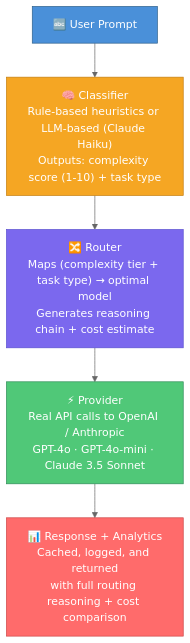
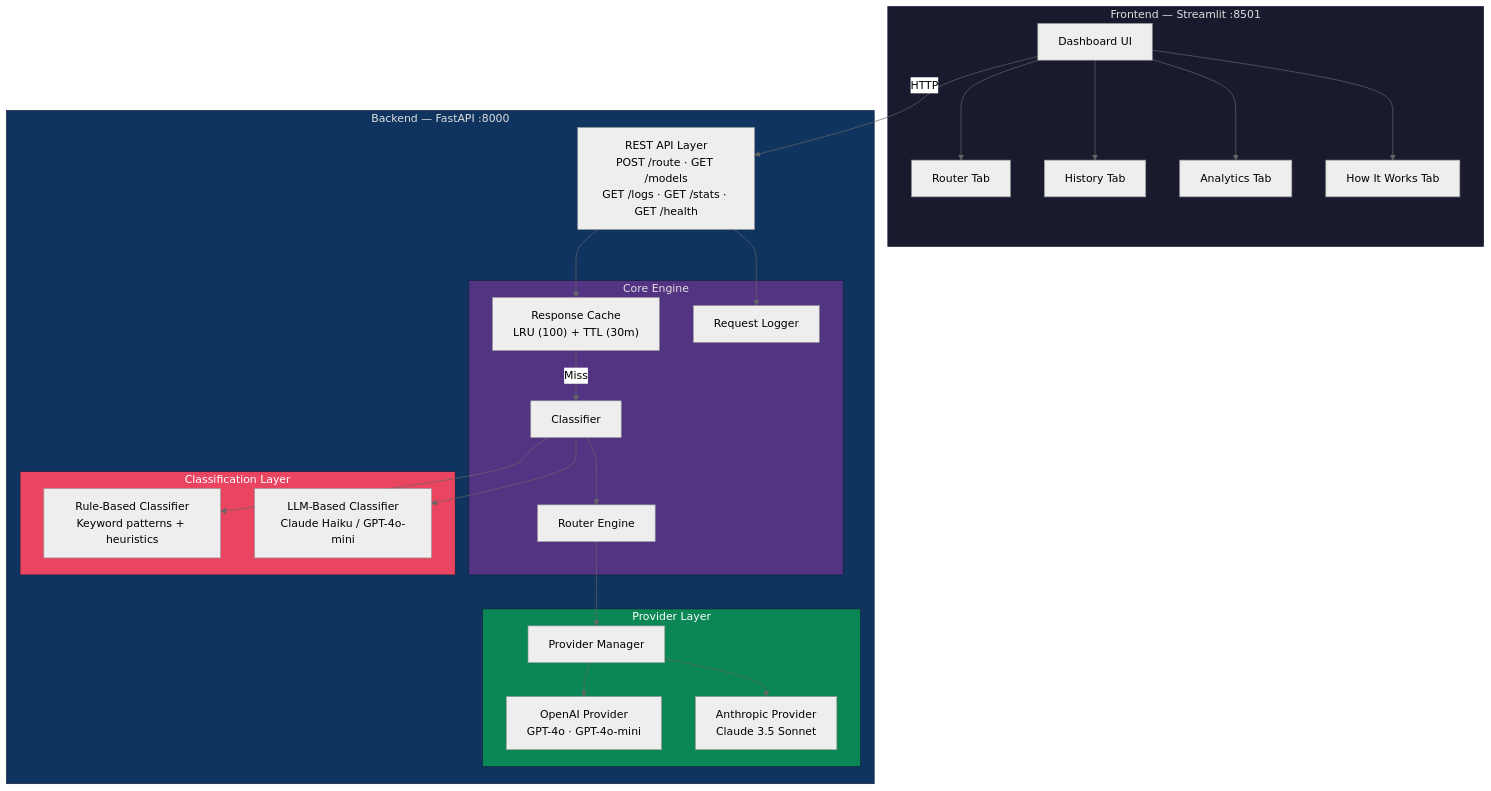
One commit to tushar-chauhan-01/ai_prompt_gateway changed the first of 5 diagrams in README.md. Above: the diagram before and after it, drawn with Mermaid (neutral theme). The commit also changed other lines of this file, not shown here.

First line of the commit message:
Rewrite README with professional diagrams and detailed logic flows

````diff
--- a/README.md
+++ b/README.md
@@ -19,13 +56,48 @@
 ```mermaid
 flowchart TD
-    A["🔤 User Prompt"] --> B["🧠 Classifier\nRule-based heuristics or LLM-based (Claude Haiku)\nOutputs: complexity score (1-10) + task type"]
-    B --> C["🔀 Router\nMaps (complexity tier + task type) → optimal model\nGenerates reasoning chain + cost estimate"]
-    C --> D["⚡ Provider\nReal API calls to OpenAI / Anthropic\nGPT-4o · GPT-4o-mini · Claude 3.5 Sonnet"]
-    D --> E["📊 Response + Analytics\nCached, logged, and returned\nwith full routing reasoning + cost comparison"]
+    subgraph Frontend["Frontend — Streamlit :8501"]
+        UI["Dashboard UI"]
+        T1["Router Tab"]
+        T2["History Tab"]
+        T3["Analytics Tab"]
+        T4["How It Works Tab"]
+        UI --> T1 & T2 & T3 & T4
+    end
 
-    style A fill:#4A90D9,stroke:#2C5F8A,color:#fff
-    style B fill:#F5A623,stroke:#C47D0E,color:#fff
-    style C fill:#7B68EE,stroke:#5A4FCF,color:#fff
-    style D fill:#50C878,stroke:#2E8B57,color:#fff
-    style E fill:#FF6B6B,stroke:#CC4444,color:#fff
+    subgraph Backend["Backend — FastAPI :8000"]
+        API["REST API Layer\nPOST /route · GET /models\nGET /logs · GET /stats · GET /health"]
+
+        subgraph Core["Core Engine"]
+            CACHE["Response Cache\nLRU (100) + TTL (30m)"]
+            CLASS["Classifier"]
+            ROUTER["Router Engine"]
+            LOG["Request Logger"]
+        end
+
+        subgraph Classifiers["Classification Layer"]
+            RB["Rule-Based Classifier\nKeyword patterns + heuristics"]
+            LLM_C["LLM-Based Classifier\nClaude Haiku / GPT-4o-mini"]
+        end
+
+        subgraph Providers["Provider Layer"]
+            PM["Provider Manager"]
+            OAI["OpenAI Provider\nGPT-4o · GPT-4o-mini"]
+            ANT["Anthropic Provider\nClaude 3.5 Sonnet"]
+        end
+    end
+
+    UI -->|"HTTP"| API
+    API --> CACHE
+    CACHE -->|"Miss"| CLASS
+    CLASS --> RB & LLM_C
+    CLASS --> ROUTER
+    ROUTER --> PM
+    PM --> OAI & ANT
+    API --> LOG
+
+    style Frontend fill:#1a1a2e,stroke:#16213e,color:#e0e0e0
+    style Backend fill:#0f3460,stroke:#16213e,color:#e0e0e0
+    style Core fill:#533483,stroke:#16213e,color:#e0e0e0
+    style Classifiers fill:#e94560,stroke:#16213e,color:#fff
+    style Providers fill:#0a8754,stroke:#16213e,color:#fff
 ```
````
